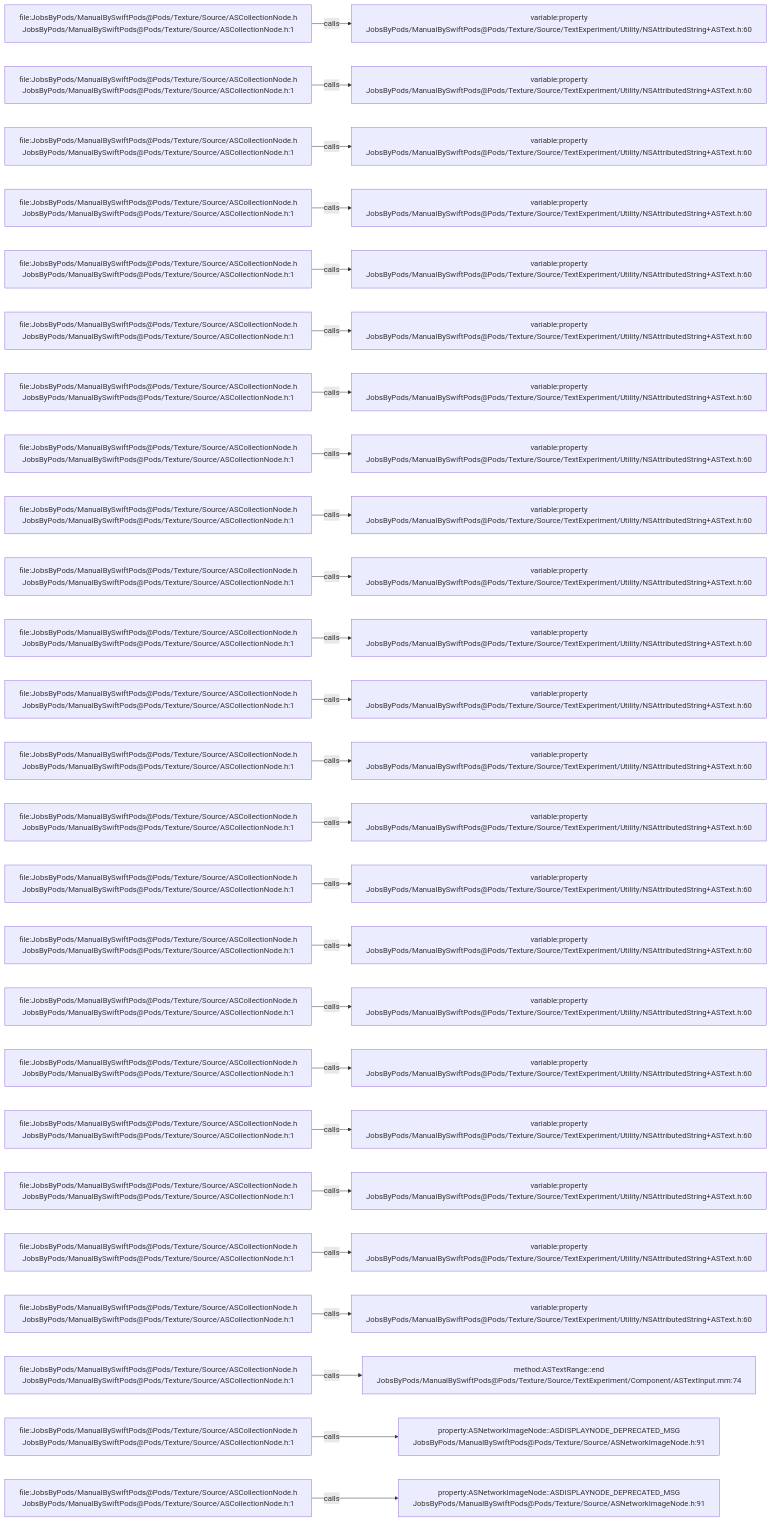
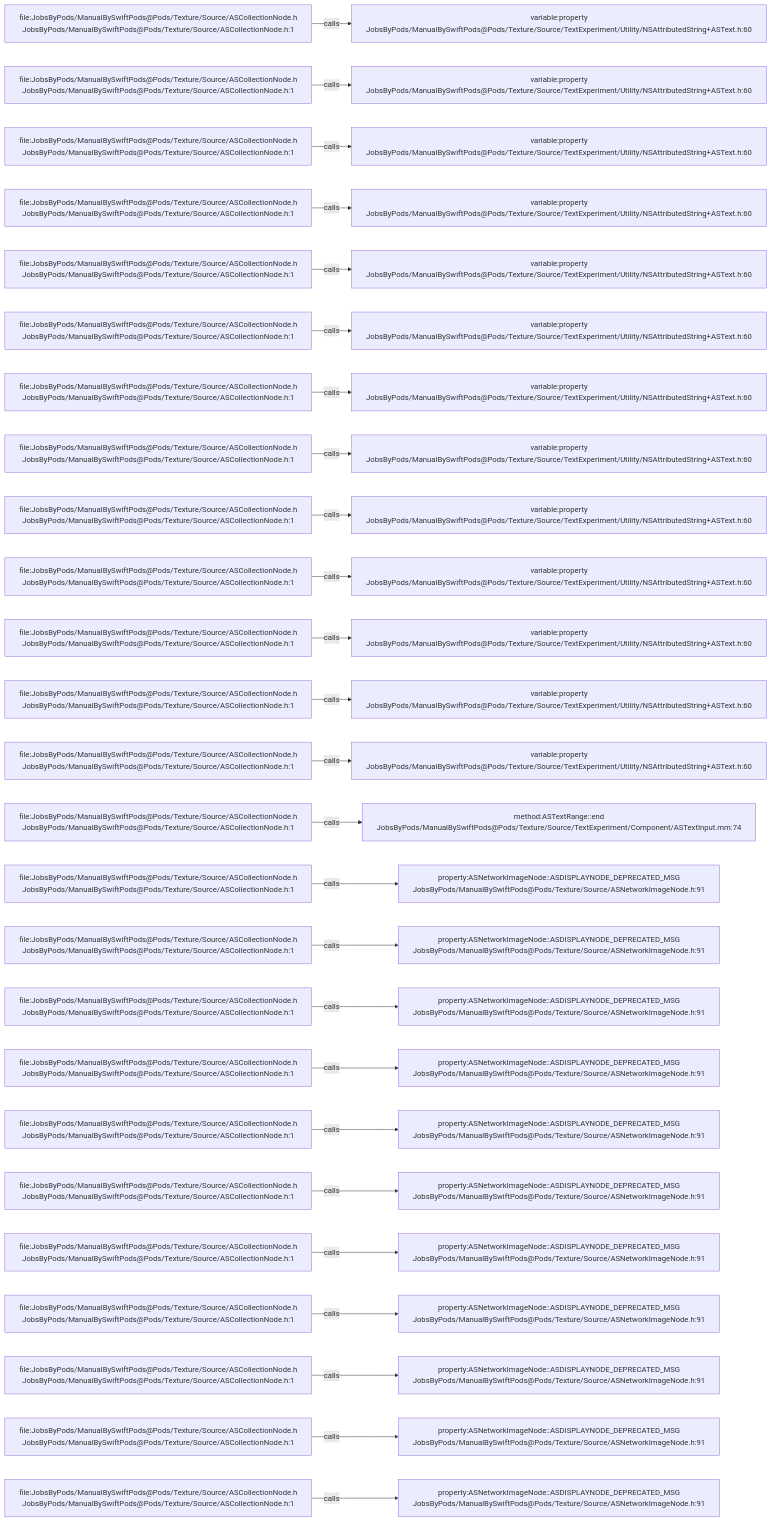
One commit to JobsKits/JobsSwiftBaseConfigDemo changed the diagram in .codegraph/codegraph.md/graphs/calls-006.md. Above: the diagram before and after it, drawn with Mermaid. The commit also changed 707 other files, not shown here.

````diff
--- a/.codegraph/codegraph.md/graphs/calls-006.md
+++ b/.codegraph/codegraph.md/graphs/calls-006.md
@@ -13,78 +13,78 @@
 ```mermaid
 flowchart LR
   S1["file:JobsByPods/ManualBySwiftPods@Pods/Texture/Source/ASCollectionNode.h<br/>JobsByPods/ManualBySwiftPods@Pods/Texture/Source/ASCollectionNode.h:1"]
   T1["variable:property<br/>JobsByPods/ManualBySwiftPods@Pods/Texture/Source/TextExperiment/Utility/NSAttributedString+ASText.h:60"]
   S1 -->|calls| T1
   S2["file:JobsByPods/ManualBySwiftPods@Pods/Texture/Source/ASCollectionNode.h<br/>JobsByPods/ManualBySwiftPods@Pods/Texture/Source/ASCollectionNode.h:1"]
   T2["variable:property<br/>JobsByPods/ManualBySwiftPods@Pods/Texture/Source/TextExperiment/Utility/NSAttributedString+ASText.h:60"]
   S2 -->|calls| T2
   S3["file:JobsByPods/ManualBySwiftPods@Pods/Texture/Source/ASCollectionNode.h<br/>JobsByPods/ManualBySwiftPods@Pods/Texture/Source/ASCollectionNode.h:1"]
   T3["variable:property<br/>JobsByPods/ManualBySwiftPods@Pods/Texture/Source/TextExperiment/Utility/NSAttributedString+ASText.h:60"]
   S3 -->|calls| T3
   S4["file:JobsByPods/ManualBySwiftPods@Pods/Texture/Source/ASCollectionNode.h<br/>JobsByPods/ManualBySwiftPods@Pods/Texture/Source/ASCollectionNode.h:1"]
   T4["variable:property<br/>JobsByPods/ManualBySwiftPods@Pods/Texture/Source/TextExperiment/Utility/NSAttributedString+ASText.h:60"]
   S4 -->|calls| T4
   S5["file:JobsByPods/ManualBySwiftPods@Pods/Texture/Source/ASCollectionNode.h<br/>JobsByPods/ManualBySwiftPods@Pods/Texture/Source/ASCollectionNode.h:1"]
   T5["variable:property<br/>JobsByPods/ManualBySwiftPods@Pods/Texture/Source/TextExperiment/Utility/NSAttributedString+ASText.h:60"]
   S5 -->|calls| T5
   S6["file:JobsByPods/ManualBySwiftPods@Pods/Texture/Source/ASCollectionNode.h<br/>JobsByPods/ManualBySwiftPods@Pods/Texture/Source/ASCollectionNode.h:1"]
   T6["variable:property<br/>JobsByPods/ManualBySwiftPods@Pods/Texture/Source/TextExperiment/Utility/NSAttributedString+ASText.h:60"]
   S6 -->|calls| T6
   S7["file:JobsByPods/ManualBySwiftPods@Pods/Texture/Source/ASCollectionNode.h<br/>JobsByPods/ManualBySwiftPods@Pods/Texture/Source/ASCollectionNode.h:1"]
   T7["variable:property<br/>JobsByPods/ManualBySwiftPods@Pods/Texture/Source/TextExperiment/Utility/NSAttributedString+ASText.h:60"]
   S7 -->|calls| T7
   S8["file:JobsByPods/ManualBySwiftPods@Pods/Texture/Source/ASCollectionNode.h<br/>JobsByPods/ManualBySwiftPods@Pods/Texture/Source/ASCollectionNode.h:1"]
   T8["variable:property<br/>JobsByPods/ManualBySwiftPods@Pods/Texture/Source/TextExperiment/Utility/NSAttributedString+ASText.h:60"]
   S8 -->|calls| T8
   S9["file:JobsByPods/ManualBySwiftPods@Pods/Texture/Source/ASCollectionNode.h<br/>JobsByPods/ManualBySwiftPods@Pods/Texture/Source/ASCollectionNode.h:1"]
   T9["variable:property<br/>JobsByPods/ManualBySwiftPods@Pods/Texture/Source/TextExperiment/Utility/NSAttributedString+ASText.h:60"]
   S9 -->|calls| T9
   S10["file:JobsByPods/ManualBySwiftPods@Pods/Texture/Source/ASCollectionNode.h<br/>JobsByPods/ManualBySwiftPods@Pods/Texture/Source/ASCollectionNode.h:1"]
   T10["variable:property<br/>JobsByPods/ManualBySwiftPods@Pods/Texture/Source/TextExperiment/Utility/NSAttributedString+ASText.h:60"]
   S10 -->|calls| T10
   S11["file:JobsByPods/ManualBySwiftPods@Pods/Texture/Source/ASCollectionNode.h<br/>JobsByPods/ManualBySwiftPods@Pods/Texture/Source/ASCollectionNode.h:1"]
   T11["variable:property<br/>JobsByPods/ManualBySwiftPods@Pods/Texture/Source/TextExperiment/Utility/NSAttributedString+ASText.h:60"]
   S11 -->|calls| T11
   S12["file:JobsByPods/ManualBySwiftPods@Pods/Texture/Source/ASCollectionNode.h<br/>JobsByPods/ManualBySwiftPods@Pods/Texture/Source/ASCollectionNode.h:1"]
   T12["variable:property<br/>JobsByPods/ManualBySwiftPods@Pods/Texture/Source/TextExperiment/Utility/NSAttributedString+ASText.h:60"]
   S12 -->|calls| T12
   S13["file:JobsByPods/ManualBySwiftPods@Pods/Texture/Source/ASCollectionNode.h<br/>JobsByPods/ManualBySwiftPods@Pods/Texture/Source/ASCollectionNode.h:1"]
   T13["variable:property<br/>JobsByPods/ManualBySwiftPods@Pods/Texture/Source/TextExperiment/Utility/NSAttributedString+ASText.h:60"]
   S13 -->|calls| T13
   S14["file:JobsByPods/ManualBySwiftPods@Pods/Texture/Source/ASCollectionNode.h<br/>JobsByPods/ManualBySwiftPods@Pods/Texture/Source/ASCollectionNode.h:1"]
-  T14["variable:property<br/>JobsByPods/ManualBySwiftPods@Pods/Texture/Source/TextExperiment/Utility/NSAttributedString+ASText.h:60"]
+  T14["method:ASTextRange::end<br/>JobsByPods/ManualBySwiftPods@Pods/Texture/Source/TextExperiment/Component/ASTextInput.mm:74"]
   S14 -->|calls| T14
   S15["file:JobsByPods/ManualBySwiftPods@Pods/Texture/Source/ASCollectionNode.h<br/>JobsByPods/ManualBySwiftPods@Pods/Texture/Source/ASCollectionNode.h:1"]
-  T15["variable:property<br/>JobsByPods/ManualBySwiftPods@Pods/Texture/Source/TextExperiment/Utility/NSAttributedString+ASText.h:60"]
+  T15["property:ASNetworkImageNode::ASDISPLAYNODE_DEPRECATED_MSG<br/>JobsByPods/ManualBySwiftPods@Pods/Texture/Source/ASNetworkImageNode.h:91"]
   S15 -->|calls| T15
   S16["file:JobsByPods/ManualBySwiftPods@Pods/Texture/Source/ASCollectionNode.h<br/>JobsByPods/ManualBySwiftPods@Pods/Texture/Source/ASCollectionNode.h:1"]
-  T16["variable:property<br/>JobsByPods/ManualBySwiftPods@Pods/Texture/Source/TextExperiment/Utility/NSAttributedString+ASText.h:60"]
+  T16["property:ASNetworkImageNode::ASDISPLAYNODE_DEPRECATED_MSG<br/>JobsByPods/ManualBySwiftPods@Pods/Texture/Source/ASNetworkImageNode.h:91"]
   S16 -->|calls| T16
   S17["file:JobsByPods/ManualBySwiftPods@Pods/Texture/Source/ASCollectionNode.h<br/>JobsByPods/ManualBySwiftPods@Pods/Texture/Source/ASCollectionNode.h:1"]
-  T17["variable:property<br/>JobsByPods/ManualBySwiftPods@Pods/Texture/Source/TextExperiment/Utility/NSAttributedString+ASText.h:60"]
+  T17["property:ASNetworkImageNode::ASDISPLAYNODE_DEPRECATED_MSG<br/>JobsByPods/ManualBySwiftPods@Pods/Texture/Source/ASNetworkImageNode.h:91"]
   S17 -->|calls| T17
   S18["file:JobsByPods/ManualBySwiftPods@Pods/Texture/Source/ASCollectionNode.h<br/>JobsByPods/ManualBySwiftPods@Pods/Texture/Source/ASCollectionNode.h:1"]
-  T18["variable:property<br/>JobsByPods/ManualBySwiftPods@Pods/Texture/Source/TextExperiment/Utility/NSAttributedString+ASText.h:60"]
+  T18["property:ASNetworkImageNode::ASDISPLAYNODE_DEPRECATED_MSG<br/>JobsByPods/ManualBySwiftPods@Pods/Texture/Source/ASNetworkImageNode.h:91"]
   S18 -->|calls| T18
   S19["file:JobsByPods/ManualBySwiftPods@Pods/Texture/Source/ASCollectionNode.h<br/>JobsByPods/ManualBySwiftPods@Pods/Texture/Source/ASCollectionNode.h:1"]
-  T19["variable:property<br/>JobsByPods/ManualBySwiftPods@Pods/Texture/Source/TextExperiment/Utility/NSAttributedString+ASText.h:60"]
+  T19["property:ASNetworkImageNode::ASDISPLAYNODE_DEPRECATED_MSG<br/>JobsByPods/ManualBySwiftPods@Pods/Texture/Source/ASNetworkImageNode.h:91"]
   S19 -->|calls| T19
   S20["file:JobsByPods/ManualBySwiftPods@Pods/Texture/Source/ASCollectionNode.h<br/>JobsByPods/ManualBySwiftPods@Pods/Texture/Source/ASCollectionNode.h:1"]
-  T20["variable:property<br/>JobsByPods/ManualBySwiftPods@Pods/Texture/Source/TextExperiment/Utility/NSAttributedString+ASText.h:60"]
+  T20["property:ASNetworkImageNode::ASDISPLAYNODE_DEPRECATED_MSG<br/>JobsByPods/ManualBySwiftPods@Pods/Texture/Source/ASNetworkImageNode.h:91"]
   S20 -->|calls| T20
   S21["file:JobsByPods/ManualBySwiftPods@Pods/Texture/Source/ASCollectionNode.h<br/>JobsByPods/ManualBySwiftPods@Pods/Texture/Source/ASCollectionNode.h:1"]
-  T21["variable:property<br/>JobsByPods/ManualBySwiftPods@Pods/Texture/Source/TextExperiment/Utility/NSAttributedString+ASText.h:60"]
+  T21["property:ASNetworkImageNode::ASDISPLAYNODE_DEPRECATED_MSG<br/>JobsByPods/ManualBySwiftPods@Pods/Texture/Source/ASNetworkImageNode.h:91"]
   S21 -->|calls| T21
   S22["file:JobsByPods/ManualBySwiftPods@Pods/Texture/Source/ASCollectionNode.h<br/>JobsByPods/ManualBySwiftPods@Pods/Texture/Source/ASCollectionNode.h:1"]
-  T22["variable:property<br/>JobsByPods/ManualBySwiftPods@Pods/Texture/Source/TextExperiment/Utility/NSAttributedString+ASText.h:60"]
+  T22["property:ASNetworkImageNode::ASDISPLAYNODE_DEPRECATED_MSG<br/>JobsByPods/ManualBySwiftPods@Pods/Texture/Source/ASNetworkImageNode.h:91"]
   S22 -->|calls| T22
   S23["file:JobsByPods/ManualBySwiftPods@Pods/Texture/Source/ASCollectionNode.h<br/>JobsByPods/ManualBySwiftPods@Pods/Texture/Source/ASCollectionNode.h:1"]
-  T23["method:ASTextRange::end<br/>JobsByPods/ManualBySwiftPods@Pods/Texture/Source/TextExperiment/Component/ASTextInput.mm:74"]
+  T23["property:ASNetworkImageNode::ASDISPLAYNODE_DEPRECATED_MSG<br/>JobsByPods/ManualBySwiftPods@Pods/Texture/Source/ASNetworkImageNode.h:91"]
   S23 -->|calls| T23
   S24["file:JobsByPods/ManualBySwiftPods@Pods/Texture/Source/ASCollectionNode.h<br/>JobsByPods/ManualBySwiftPods@Pods/Texture/Source/ASCollectionNode.h:1"]
   T24["property:ASNetworkImageNode::ASDISPLAYNODE_DEPRECATED_MSG<br/>JobsByPods/ManualBySwiftPods@Pods/Texture/Source/ASNetworkImageNode.h:91"]
   S24 -->|calls| T24
   S25["file:JobsByPods/ManualBySwiftPods@Pods/Texture/Source/ASCollectionNode.h<br/>JobsByPods/ManualBySwiftPods@Pods/Texture/Source/ASCollectionNode.h:1"]
   T25["property:ASNetworkImageNode::ASDISPLAYNODE_DEPRECATED_MSG<br/>JobsByPods/ManualBySwiftPods@Pods/Texture/Source/ASNetworkImageNode.h:91"]
   S25 -->|calls| T25
 ```
````
